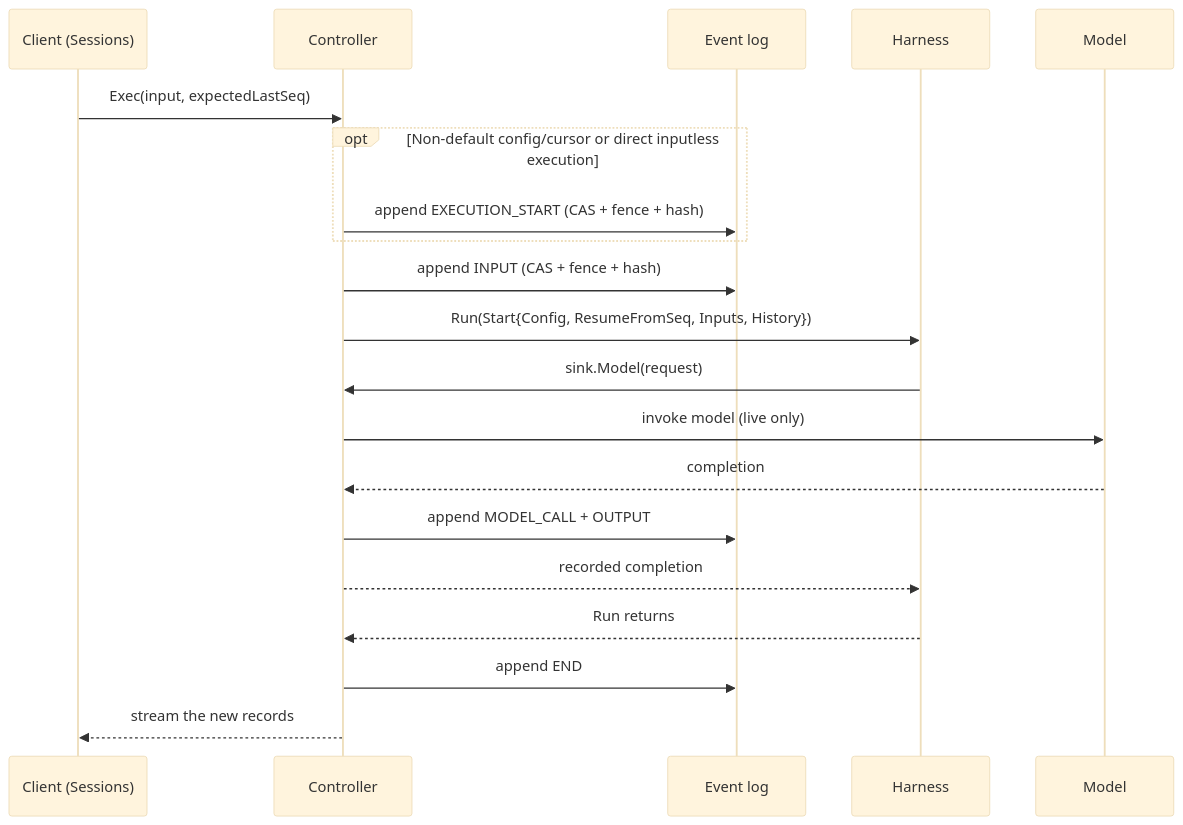
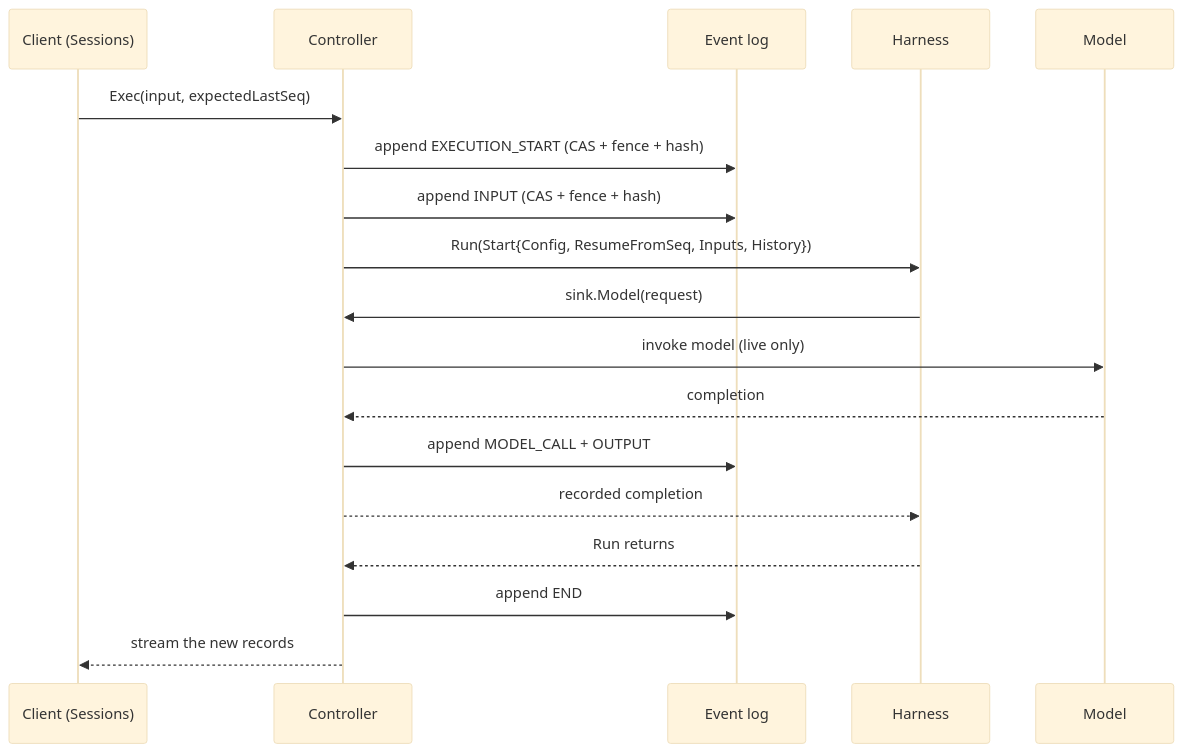
The second of 2 diagrams in docs/concepts.md (aramase/agentsessions), drawn with Mermaid (base theme) before and after one commit. The commit also changed other lines of this file and 17 other files, not shown here.

````diff
--- a/docs/concepts.md
+++ b/docs/concepts.md
@@ -236,23 +238,21 @@
 ```mermaid
 sequenceDiagram
   participant C as Client (Sessions)
   participant Ctrl as Controller
   participant Log as Event log
   participant H as Harness
   participant M as Model
 
   C->>Ctrl: Exec(input, expectedLastSeq)
-  opt Non-default config/cursor or direct inputless execution
-    Ctrl->>Log: append EXECUTION_START (CAS + fence + hash)
-  end
+  Ctrl->>Log: append EXECUTION_START (CAS + fence + hash)
   Ctrl->>Log: append INPUT (CAS + fence + hash)
   Ctrl->>H: Run(Start{Config, ResumeFromSeq, Inputs, History})
   H->>Ctrl: sink.Model(request)
   Ctrl->>M: invoke model (live only)
   M-->>Ctrl: completion
   Ctrl->>Log: append MODEL_CALL + OUTPUT
   Ctrl-->>H: recorded completion
   H-->>Ctrl: Run returns
   Ctrl->>Log: append END
   Ctrl-->>C: stream the new records
 ```
````
